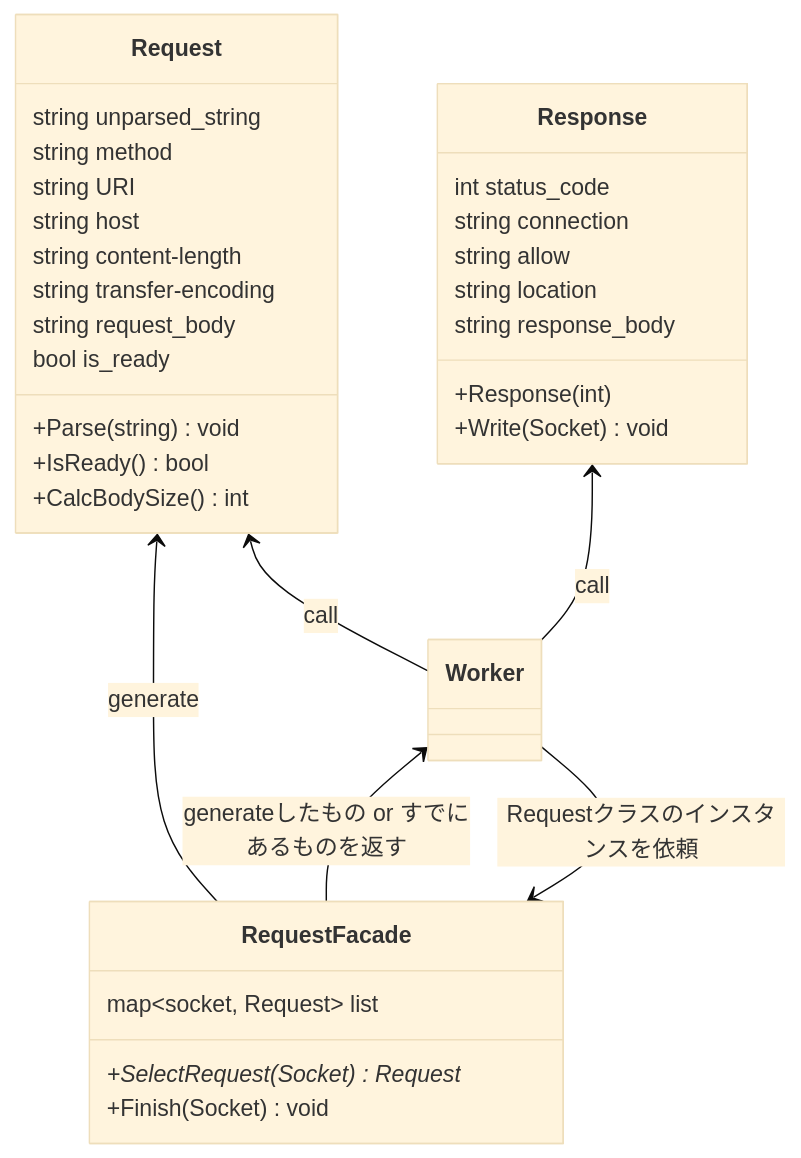
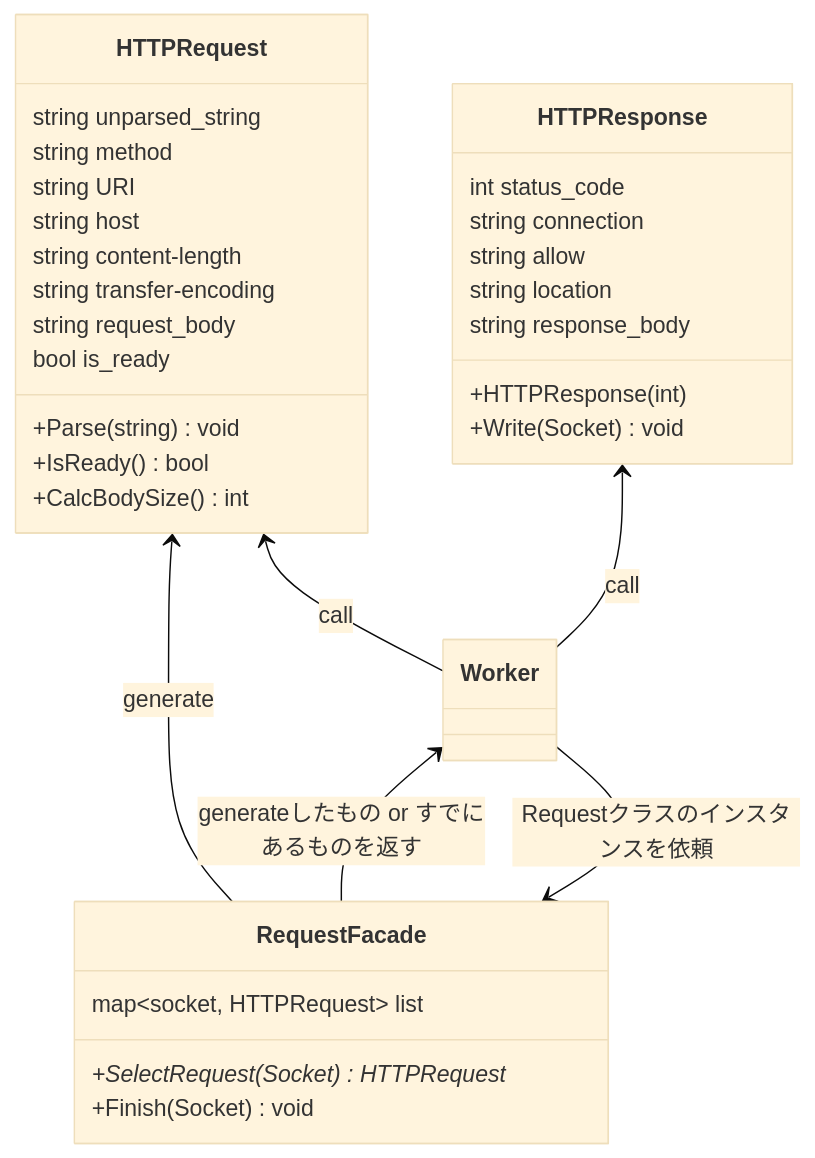
One commit to katataku/webserv changed the diagram in docs/class/http_class.md. Above: the diagram before and after it, drawn with Mermaid (base theme). The commit also changed other lines of this file and 20 other files, not shown here.

````diff
--- a/docs/class/http_class.md
+++ b/docs/class/http_class.md
@@ -1,45 +1,45 @@
 ```mermaid
 classDiagram
    class RequestFacade{
-        map~socket, Request~ list
-        +SelectRequest(Socket) Request*
+        map~socket, HTTPRequest~ list
+        +SelectRequest(Socket) HTTPRequest*
         +Finish(Socket) void
     }
 
     %% TODO: CalcBodySize()の詳細を詰める && nginxのmax_body_sizeも確認 %%
-    class Request{
+    class HTTPRequest{
         string unparsed_string
         string method
         string URI
         string host
         string content-length
         string transfer-encoding
         string request_body
         bool is_ready
         
         +Parse(string) void
         +IsReady() bool
         +CalcBodySize() int
     }
 
-    class Response{
+    class HTTPResponse{
         int status_code
         string connection
         string allow
         string location
         string response_body
 
-        +Response(int)
+        +HTTPResponse(int)
         +Write(Socket) void
     }
 
 
-Request <-- RequestFacade : generate
+HTTPRequest <-- RequestFacade : generate
 
 Worker <-- RequestFacade : generateしたもの or すでにあるものを返す
 Worker --> RequestFacade : Requestクラスのインスタンスを依頼
 
 
-Request  <--  Worker :call
-Response  <--  Worker :call
+HTTPRequest  <--  Worker :call
+HTTPResponse  <--  Worker :call
 ```
````
